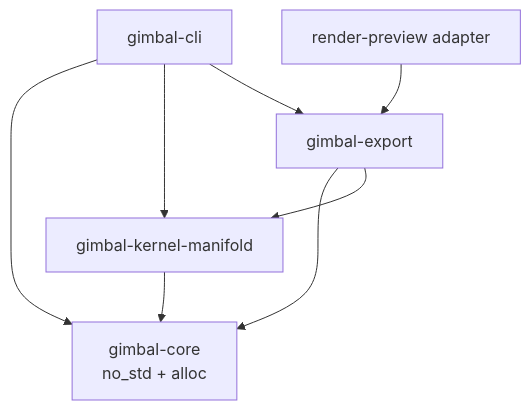
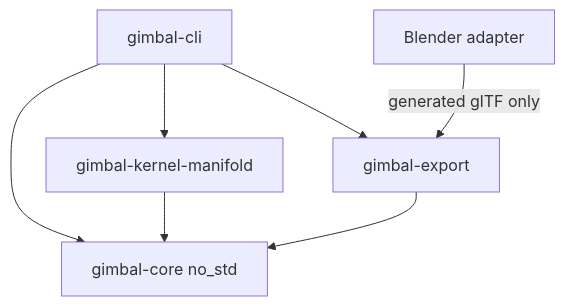
One commit to tokutori/simulator-hardware-prototype-1 changed the diagram in docs/software-architecture.md. Above: the diagram before and after it, drawn with Mermaid. The commit also changed other lines of this file and 1 other file, not shown here.

````diff
--- a/docs/software-architecture.md
+++ b/docs/software-architecture.md
@@ -52,16 +35,15 @@
 ```mermaid
 flowchart TD
     CLI[gimbal-cli]
+    CORE[gimbal-core no_std]
+    KERNEL[gimbal-kernel-manifold]
     EXPORT[gimbal-export]
-    KERNEL[gimbal-kernel-manifold]
-    CORE[gimbal-core<br/>no_std + alloc]
-    RENDER[render-preview adapter]
+    BLENDER[Blender adapter]
 
     CLI --> CORE
     CLI --> KERNEL
     CLI --> EXPORT
+    KERNEL --> CORE
     EXPORT --> CORE
-    EXPORT --> KERNEL
-    KERNEL --> CORE
-    RENDER --> EXPORT
+    BLENDER -->|generated glTF only| EXPORT
 ```
````
